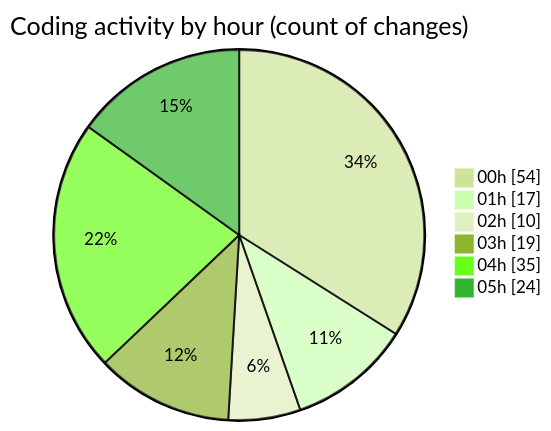
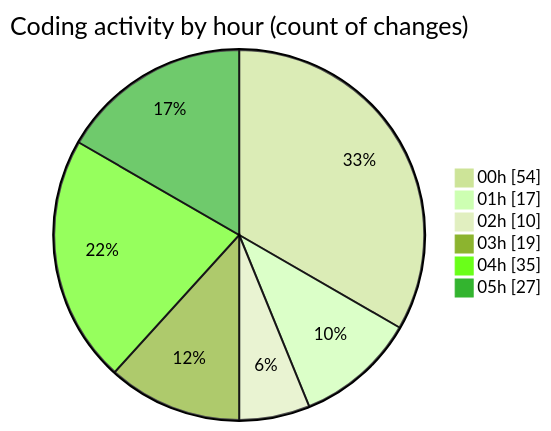
One commit to lephambinh05/code-tracking changed the second of 2 diagrams in 2025-07-26/quanlyrapchieuphim-1/README.md. Above: the diagram before and after it, drawn with Mermaid (forest theme). The commit also changed other lines of this file and 1 other file, not shown here.

````diff
--- a/2025-07-26/quanlyrapchieuphim-1/README.md
+++ b/2025-07-26/quanlyrapchieuphim-1/README.md
@@ -52,10 +52,10 @@
 ```mermaid
 pie showData
 title Coding activity by hour (count of changes)
 "00h" : 54
 "01h" : 17
 "02h" : 10
 "03h" : 19
 "04h" : 35
-"05h" : 24
+"05h" : 27
 ```
````
